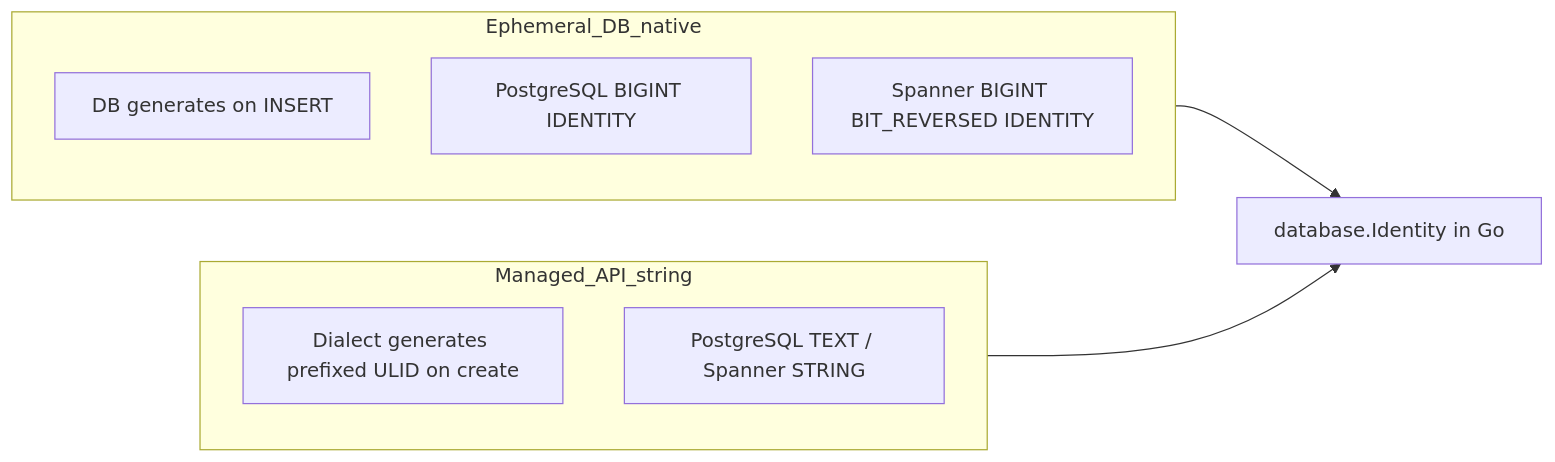
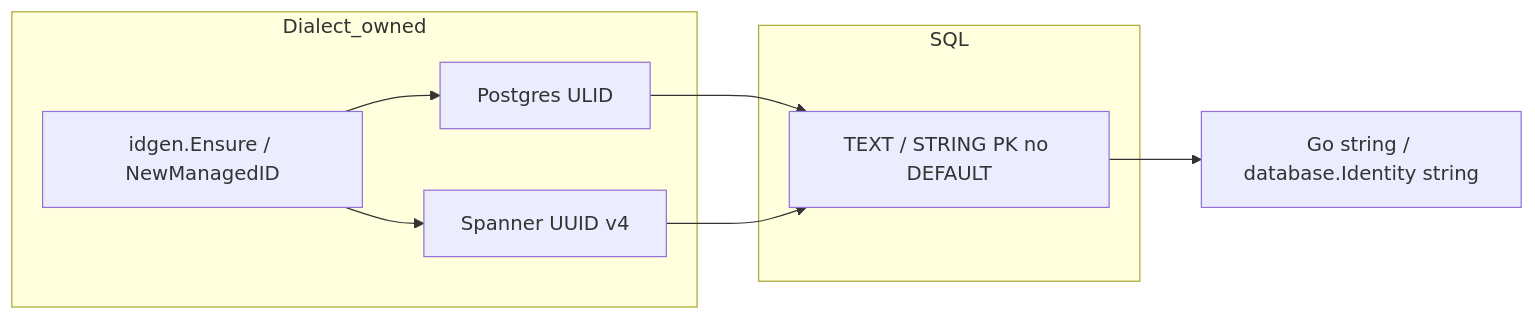
Before and after one commit to zitadel/nextgen: the diagram in docs/adrs/011-resource-identifiers.md, drawn with Mermaid. The commit also changed other lines of this file and 51 other files, not shown here.

First line of the commit message:
feat(database): zero-exception prefixed resource IDs

````diff
--- a/docs/adrs/011-resource-identifiers.md
+++ b/docs/adrs/011-resource-identifiers.md
@@ -26,14 +24,16 @@
 ```mermaid
 flowchart LR
-  subgraph ephemeral [Ephemeral_DB_native]
-    DBGen[DB generates on INSERT]
-    BigInt[PostgreSQL BIGINT IDENTITY]
-    SpannerId[Spanner BIGINT BIT_REVERSED IDENTITY]
+  subgraph dialect [Dialect_owned]
+    Ensure[idgen.Ensure / NewManagedID]
+    PG[Postgres ULID]
+    SP[Spanner UUID v4]
   end
-  subgraph managed [Managed_API_string]
-    DialectGen[Dialect generates prefixed ULID on create]
-    StrCol[PostgreSQL TEXT / Spanner STRING]
+  subgraph sql [SQL]
+    Col["TEXT / STRING PK no DEFAULT"]
   end
-  ephemeral --> IdentityGo["database.Identity in Go"]
-  managed --> IdentityGo
+  Ensure --> PG
+  Ensure --> SP
+  PG --> Col
+  SP --> Col
+  Col --> Go["Go string / database.Identity string"]
 ```
````
